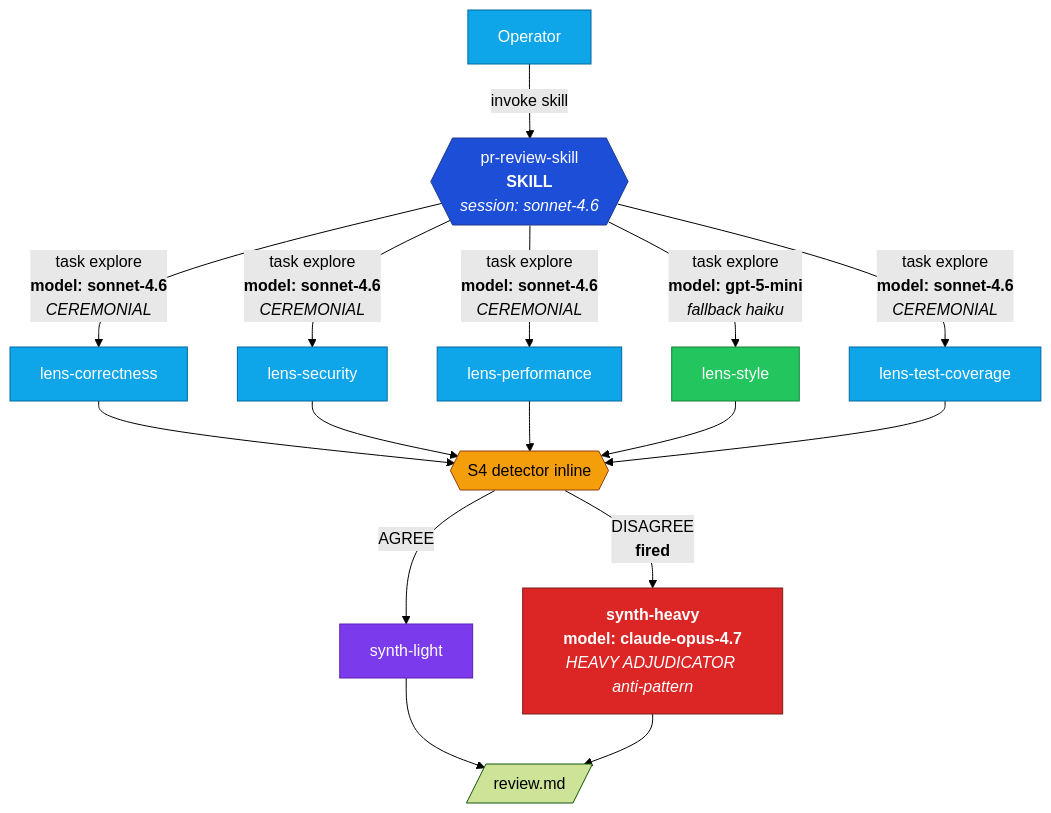
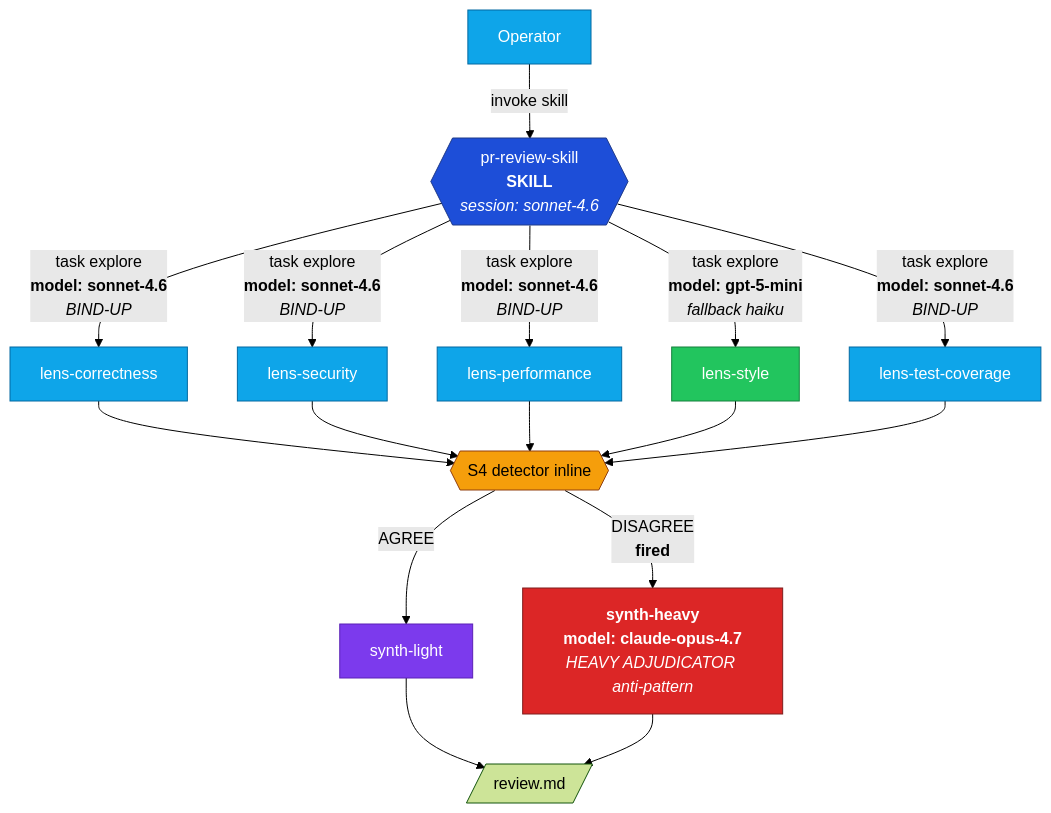
Before and after one commit to jeremiah-snee-openx/genesis: the third of 3 diagrams in dev/empirical-proof/ab-experiment-apm-1424/REPORT.md, drawn with Mermaid (forest theme). The commit also changed other lines of this file and 9 other files, not shown here.

````diff
--- a/dev/empirical-proof/ab-experiment-apm-1424/REPORT.md
+++ b/dev/empirical-proof/ab-experiment-apm-1424/REPORT.md
@@ -117,31 +199,31 @@
 ```mermaid
 flowchart TB
     classDef sk fill:#1d4ed8,stroke:#1e3a8a,color:#fff
     classDef ag fill:#0ea5e9,stroke:#0369a1,color:#fff
     classDef low fill:#22c55e,stroke:#15803d,color:#fff
     classDef high fill:#dc2626,stroke:#7f1d1d,color:#fff
     classDef arb fill:#7c3aed,stroke:#5b21b6,color:#fff
     classDef gate fill:#f59e0b,stroke:#92400e,color:#000
 
     OP[Operator]:::ag -->|invoke skill| OR
     OR{{pr-review-skill<br/><b>SKILL</b><br/><i>session: sonnet-4.6</i>}}:::sk
 
-    OR -->|task explore<br/><b>model: sonnet-4.6</b><br/><i>CEREMONIAL</i>| L1[lens-correctness]:::ag
-    OR -->|task explore<br/><b>model: sonnet-4.6</b><br/><i>CEREMONIAL</i>| L2[lens-security]:::ag
-    OR -->|task explore<br/><b>model: sonnet-4.6</b><br/><i>CEREMONIAL</i>| L3[lens-performance]:::ag
+    OR -->|task explore<br/><b>model: sonnet-4.6</b><br/><i>BIND-UP</i>| L1[lens-correctness]:::ag
+    OR -->|task explore<br/><b>model: sonnet-4.6</b><br/><i>BIND-UP</i>| L2[lens-security]:::ag
+    OR -->|task explore<br/><b>model: sonnet-4.6</b><br/><i>BIND-UP</i>| L3[lens-performance]:::ag
     OR -->|task explore<br/><b>model: gpt-5-mini</b><br/><i>fallback haiku</i>| L4[lens-style]:::low
-    OR -->|task explore<br/><b>model: sonnet-4.6</b><br/><i>CEREMONIAL</i>| L5[lens-test-coverage]:::ag
+    OR -->|task explore<br/><b>model: sonnet-4.6</b><br/><i>BIND-UP</i>| L5[lens-test-coverage]:::ag
 
     L1 --> GATE
     L2 --> GATE
     L3 --> GATE
     L4 --> GATE
     L5 --> GATE
     GATE{{S4 detector inline}}:::gate
 
     GATE -->|AGREE| LIGHT[synth-light]:::arb
     GATE -->|DISAGREE<br/><b>fired</b>| HEAVY[<b>synth-heavy</b><br/><b>model: claude-opus-4.7</b><br/><i>HEAVY ADJUDICATOR anti-pattern</i>]:::high
 
     LIGHT --> OUT[/review.md/]
     HEAVY --> OUT
 ```
````
